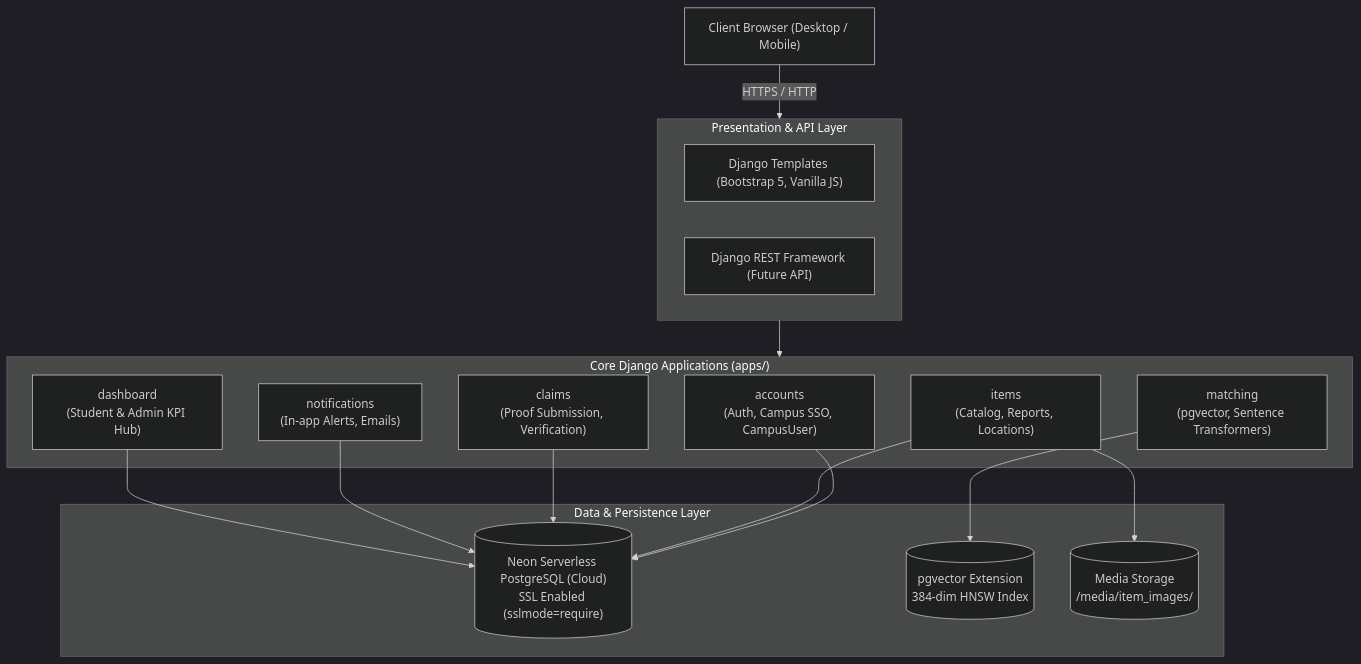
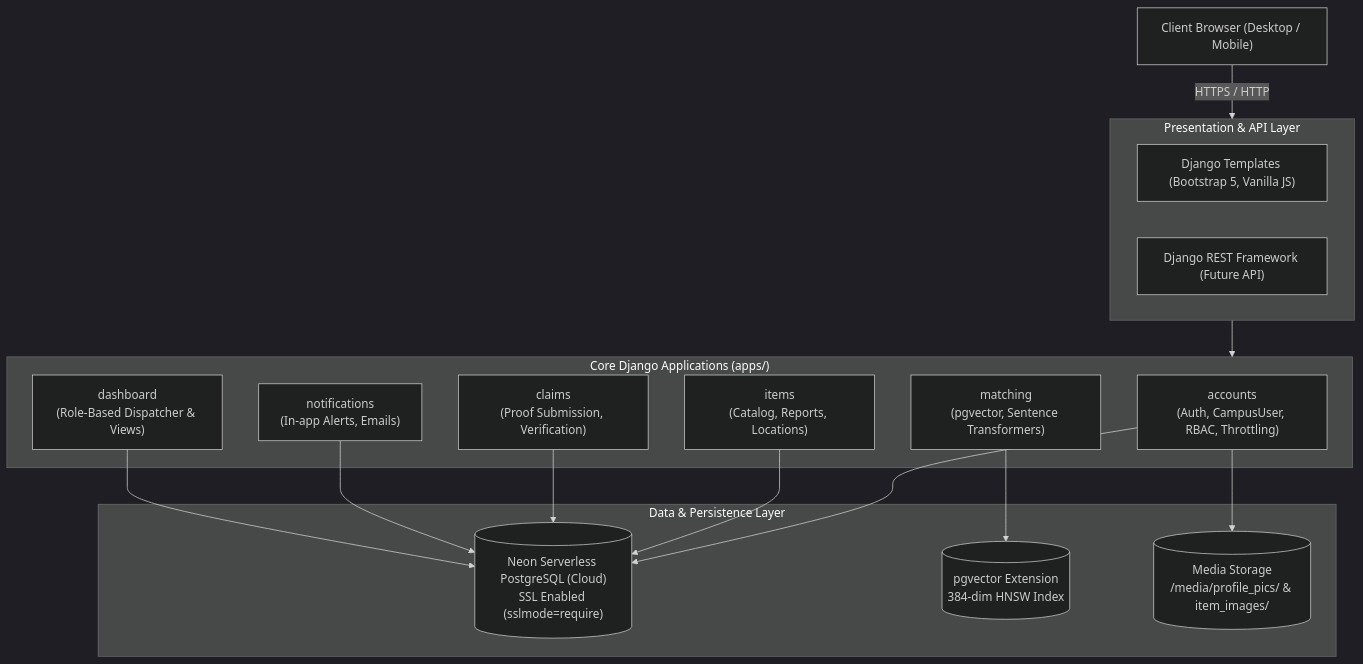
One commit to shane235k/Campus-Find changed the first of 3 diagrams in docs/ARCHITECTURE.md. Above: the diagram before and after it, drawn with Mermaid (dark theme). The commit also changed other lines of this file and 29 other files, not shown here.

````diff
--- a/docs/ARCHITECTURE.md
+++ b/docs/ARCHITECTURE.md
@@ -7,34 +7,34 @@
 ```mermaid
 graph TD
     Client["Client Browser (Desktop / Mobile)"]
     
     subgraph Presentation_Layer["Presentation & API Layer"]
         DT["Django Templates (Bootstrap 5, Vanilla JS)"]
         DRF["Django REST Framework (Future API)"]
     end
     
     subgraph Application_Layer["Core Django Applications (apps/)"]
-        Accounts["accounts<br>(Auth, Campus SSO, CampusUser)"]
+        Accounts["accounts<br>(Auth, CampusUser, RBAC, Throttling)"]
         Items["items<br>(Catalog, Reports, Locations)"]
         Matching["matching<br>(pgvector, Sentence Transformers)"]
         Claims["claims<br>(Proof Submission, Verification)"]
         Notifications["notifications<br>(In-app Alerts, Emails)"]
-        Dashboard["dashboard<br>(Student & Admin KPI Hub)"]
+        Dashboard["dashboard<br>(Role-Based Dispatcher & Views)"]
     end
     
     subgraph Data_Layer["Data & Persistence Layer"]
         NeonDB[("Neon Serverless PostgreSQL (Cloud)<br>SSL Enabled (sslmode=require)")]
         PGV[("pgvector Extension<br>384-dim HNSW Index")]
-        Media[("Media Storage<br>/media/item_images/")]
+        Media[("Media Storage<br>/media/profile_pics/ & item_images/")]
     end
     
     Client -->|HTTPS / HTTP| Presentation_Layer
     Presentation_Layer --> Application_Layer
     Accounts --> NeonDB
+    Accounts --> Media
     Items --> NeonDB
-    Items --> Media
     Matching --> PGV
     Claims --> NeonDB
     Notifications --> NeonDB
     Dashboard --> NeonDB
 ```
````
